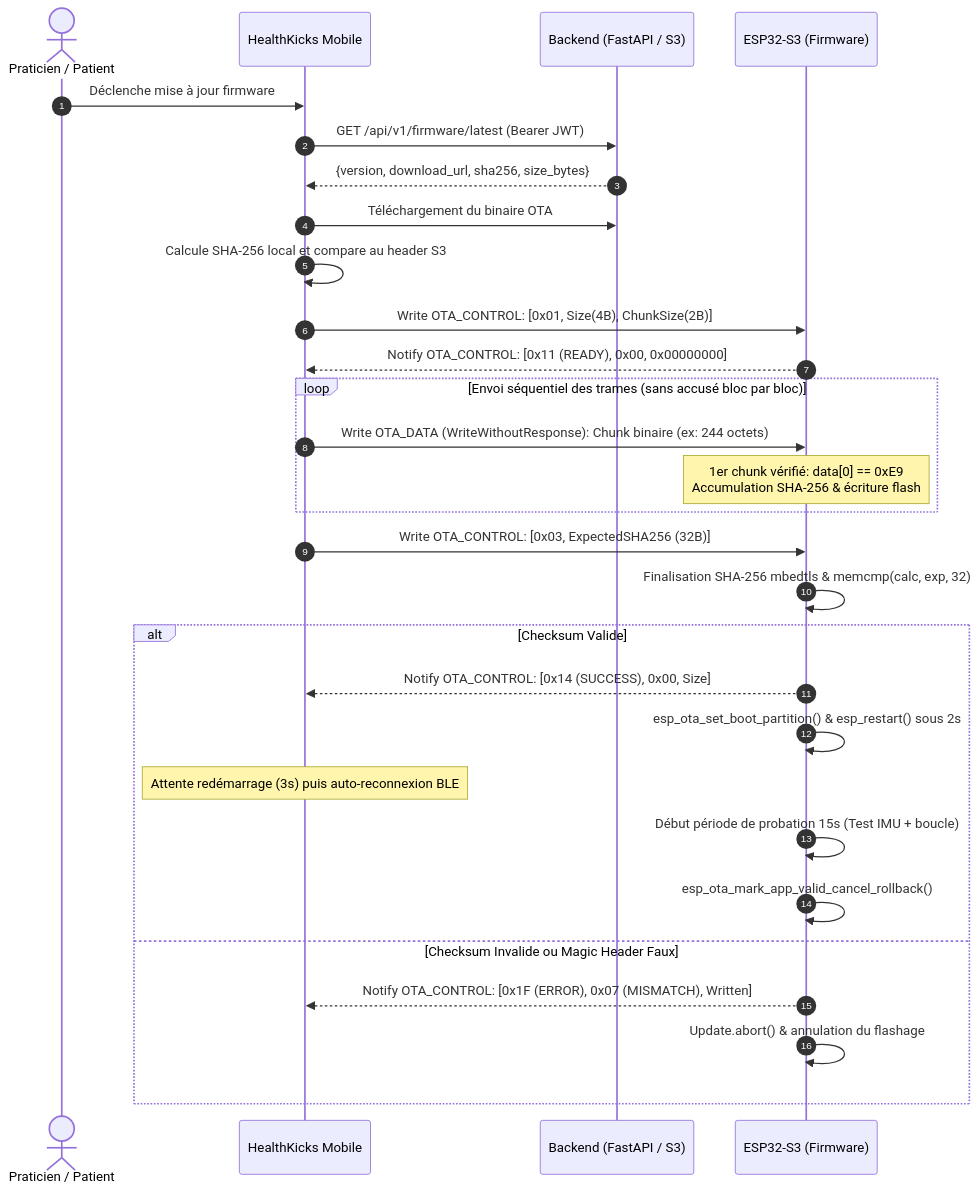
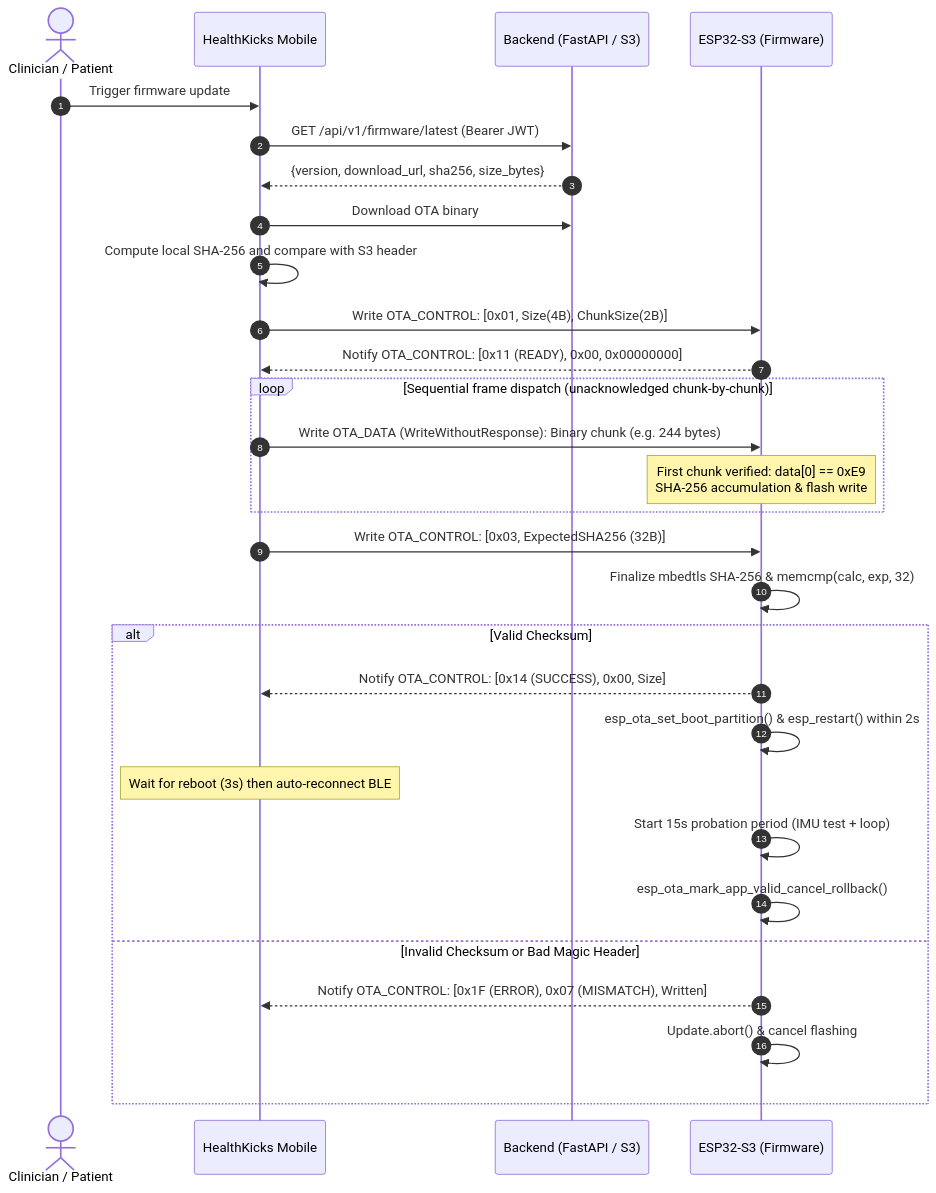
The diagram in contracts/ota_ble_protocol.md (daverck/health-kicks-ecosystem), drawn with Mermaid before and after one commit. The commit also changed other lines of this file and 20 other files, not shown here.

````diff
--- a/contracts/ota_ble_protocol.md
+++ b/contracts/ota_ble_protocol.md
@@ -100,34 +100,34 @@
 ```mermaid
 sequenceDiagram
     autonumber
-    actor User as Praticien / Patient
+    actor User as Clinician / Patient
     participant Mob as HealthKicks Mobile
     participant Cloud as Backend (FastAPI / S3)
     participant FW as ESP32-S3 (Firmware)
 
-    User->>Mob: Déclenche mise à jour firmware
+    User->>Mob: Trigger firmware update
     Mob->>Cloud: GET /api/v1/firmware/latest (Bearer JWT)
     Cloud-->>Mob: {version, download_url, sha256, size_bytes}
-    Mob->>Cloud: Téléchargement du binaire OTA
-    Mob->>Mob: Calcule SHA-256 local et compare au header S3
+    Mob->>Cloud: Download OTA binary
+    Mob->>Mob: Compute local SHA-256 and compare with S3 header
     Mob->>FW: Write OTA_CONTROL: [0x01, Size(4B), ChunkSize(2B)]
     FW-->>Mob: Notify OTA_CONTROL: [0x11 (READY), 0x00, 0x00000000]
 
-    loop Envoi séquentiel des trames (sans accusé bloc par bloc)
-        Mob->>FW: Write OTA_DATA (WriteWithoutResponse): Chunk binaire (ex: 244 octets)
-        Note over FW: 1er chunk vérifié: data[0] == 0xE9<br/>Accumulation SHA-256 & écriture flash
+    loop Sequential frame dispatch (unacknowledged chunk-by-chunk)
+        Mob->>FW: Write OTA_DATA (WriteWithoutResponse): Binary chunk (e.g. 244 bytes)
+        Note over FW: First chunk verified: data[0] == 0xE9<br/>SHA-256 accumulation & flash write
     end
 
     Mob->>FW: Write OTA_CONTROL: [0x03, ExpectedSHA256 (32B)]
-    FW->>FW: Finalisation SHA-256 mbedtls & memcmp(calc, exp, 32)
-    alt Checksum Valide
+    FW->>FW: Finalize mbedtls SHA-256 & memcmp(calc, exp, 32)
+    alt Valid Checksum
         FW-->>Mob: Notify OTA_CONTROL: [0x14 (SUCCESS), 0x00, Size]
-        FW->>FW: esp_ota_set_boot_partition() & esp_restart() sous 2s
-        Note over Mob: Attente redémarrage (3s) puis auto-reconnexion BLE
-        FW->>FW: Début période de probation 15s (Test IMU + boucle)
+        FW->>FW: esp_ota_set_boot_partition() & esp_restart() within 2s
+        Note over Mob: Wait for reboot (3s) then auto-reconnect BLE
+        FW->>FW: Start 15s probation period (IMU test + loop)
         FW->>FW: esp_ota_mark_app_valid_cancel_rollback()
-    else Checksum Invalide ou Magic Header Faux
+    else Invalid Checksum or Bad Magic Header
         FW-->>Mob: Notify OTA_CONTROL: [0x1F (ERROR), 0x07 (MISMATCH), Written]
-        FW->>FW: Update.abort() & annulation du flashage
+        FW->>FW: Update.abort() & cancel flashing
     end
 ```
````
